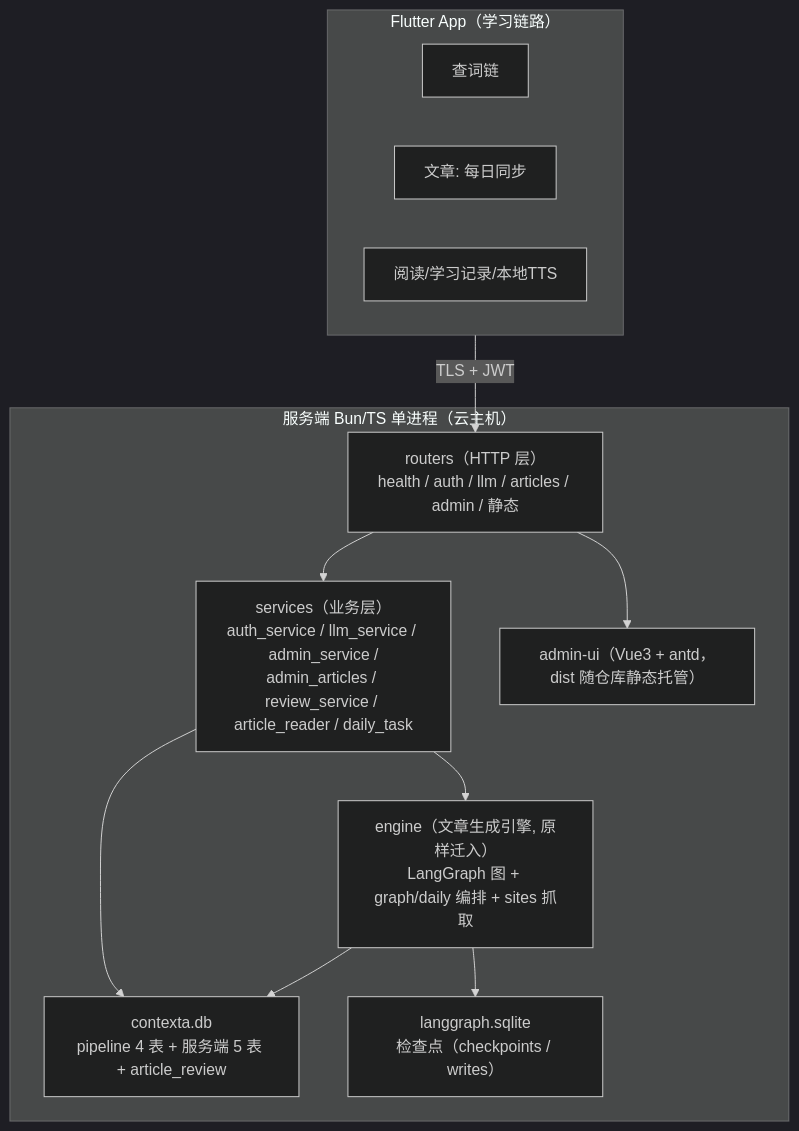
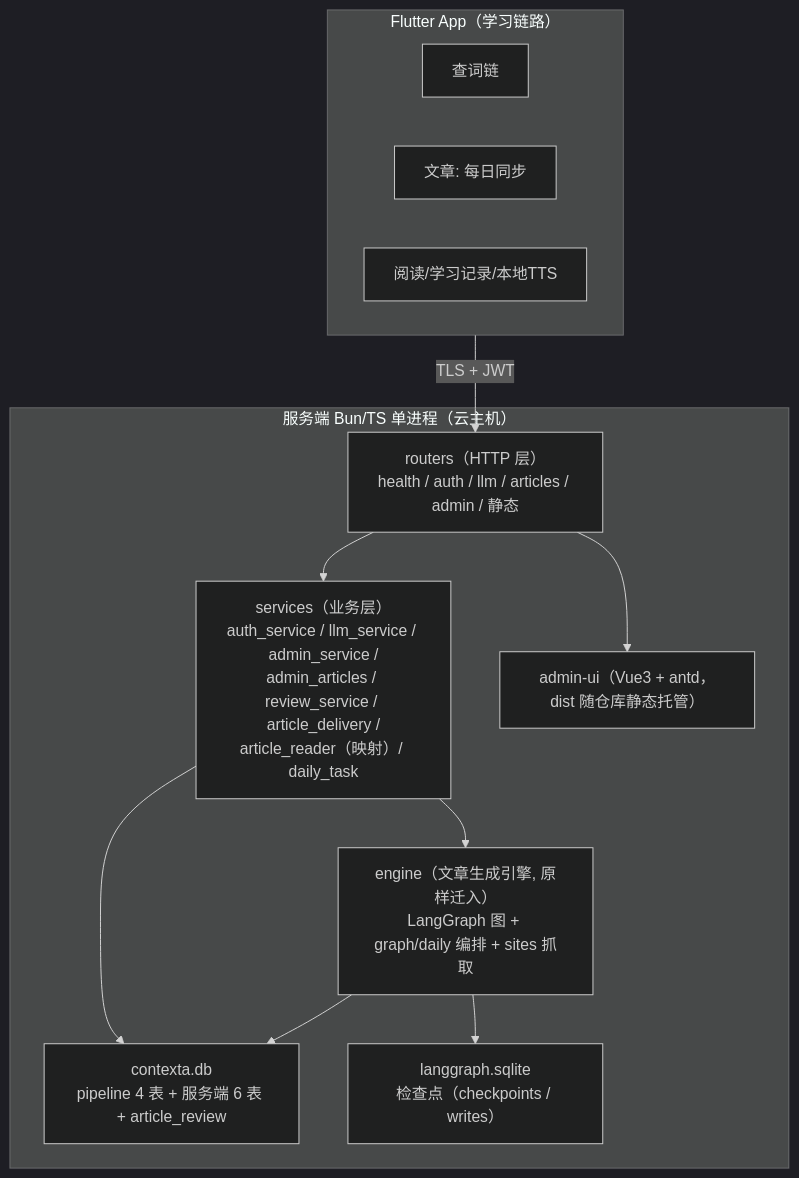
The first of 4 diagrams in impl/server/docs/architecture.md (kindywu/contexta), drawn with Mermaid (dark theme) before and after one commit. The commit also changed other lines of this file and 2 other files, not shown here.

First line of the commit message:
docs: 同步文章投放（delivery）API 与主题文档

````diff
--- a/impl/server/docs/architecture.md
+++ b/impl/server/docs/architecture.md
@@ -9,25 +9,25 @@
 ```mermaid
 flowchart TB
     subgraph app["Flutter App（学习链路）"]
         A1["查词链"]
         A2["文章: 每日同步"]
         A3["阅读/学习记录/本地TTS"]
     end
 
     subgraph server["服务端 Bun/TS 单进程（云主机）"]
         R["routers（HTTP 层）<br/>health / auth / llm / articles / admin / 静态"]
-        S["services（业务层）<br/>auth_service / llm_service / admin_service /<br/>admin_articles / review_service / article_reader / daily_task"]
+        S["services（业务层）<br/>auth_service / llm_service / admin_service /<br/>admin_articles / review_service / article_delivery /<br/>article_reader（映射）/ daily_task"]
         E["engine（文章生成引擎, 原样迁入）<br/>LangGraph 图 + graph/daily 编排 + sites 抓取"]
-        DB["contexta.db<br/>pipeline 4 表 + 服务端 5 表 + article_review"]
+        DB["contexta.db<br/>pipeline 4 表 + 服务端 6 表 + article_review"]
         CP["langgraph.sqlite<br/>检查点（checkpoints / writes）"]
         UI["admin-ui（Vue3 + antd，dist 随仓库静态托管）"]
     end
 
     app -- "TLS + JWT" --> R
     R --> S
     S --> E
     S --> DB
     E --> DB
     E --> CP
     R --> UI
 ```
````
